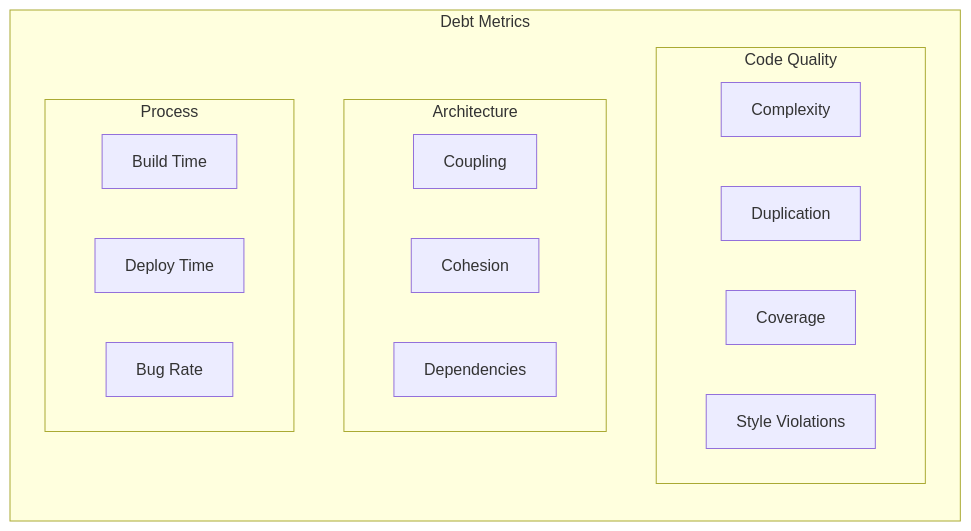
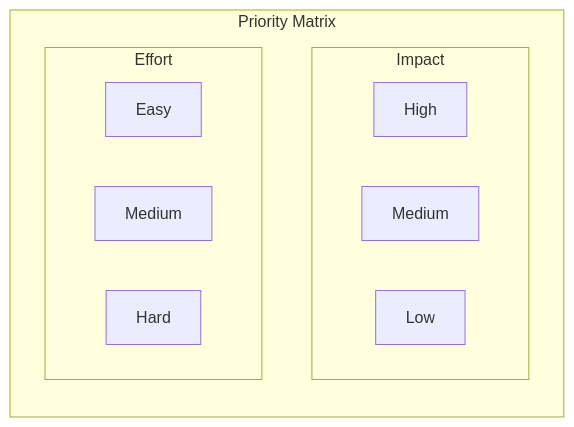
Before and after one commit to saravanakumarrc/Architecture_Journey: the fourth of 6 diagrams in src/Technical_Debt_Management.md, drawn with Mermaid. The commit also changed other lines of this file and 4 other files, not shown here.

Commit message:
Refactor System Design Principles and Patterns documentation for clarity and conciseness; enhance Technical Debt Management framework with structured metrics and prioritization strategies.

````diff
--- a/src/Technical_Debt_Management.md
+++ b/src/Technical_Debt_Management.md
@@ -58,25 +89,18 @@
 ```mermaid
 graph TB
-    subgraph "Debt Metrics"
+    subgraph "Priority Matrix"
         direction TB
         
-        subgraph "Code Quality"
-            C1[Complexity]
-            C2[Duplication]
-            C3[Coverage]
-            C4[Style Violations]
+        subgraph "Impact"
+            H[High]
+            M[Medium]
+            L[Low]
         end
         
-        subgraph "Architecture"
-            A1[Coupling]
-            A2[Cohesion]
-            A3[Dependencies]
-        end
-        
-        subgraph "Process"
-            P1[Build Time]
-            P2[Deploy Time]
-            P3[Bug Rate]
+        subgraph "Effort"
+            E1[Easy]
+            E2[Medium]
+            E3[Hard]
         end
     end
 ```
````
